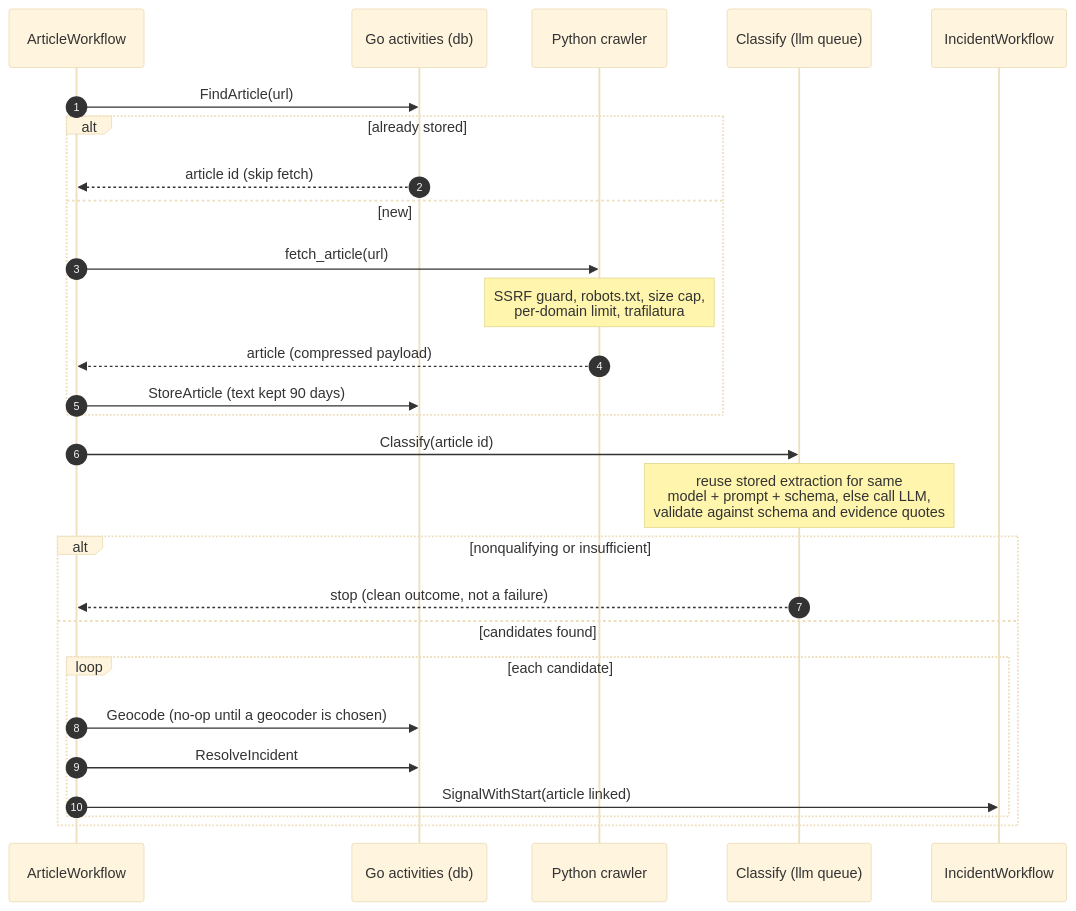
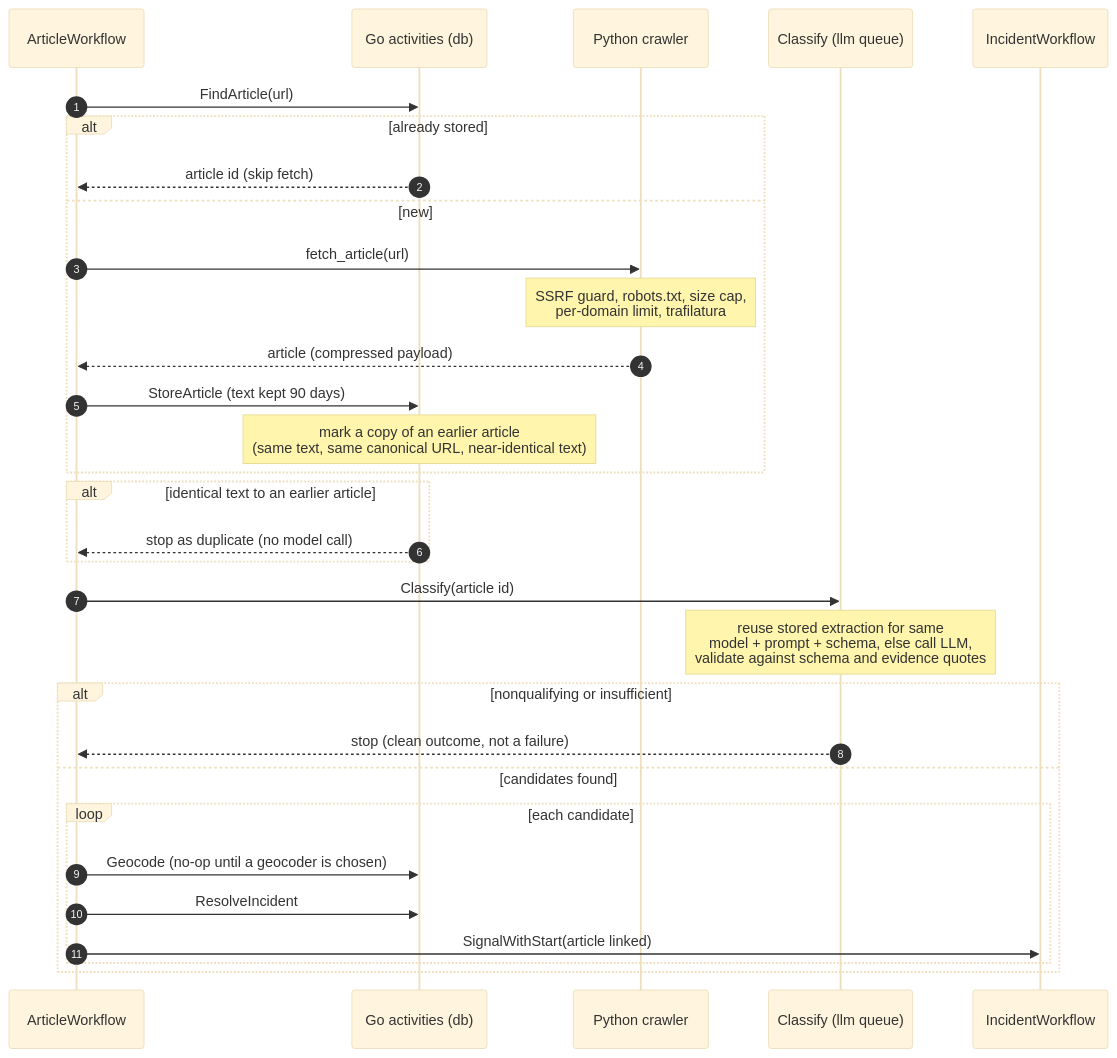
Before and after one commit to joshdurbin/vulnerable_user_incident_tracking: the sixth of 15 diagrams in docs/design.md, drawn with Mermaid (base theme). The commit also changed other lines of this file and 30 other files, not shown here.

````diff
--- a/docs/design.md
+++ b/docs/design.md
@@ -200,30 +200,34 @@
 ```mermaid
 sequenceDiagram
   autonumber
   participant W as ArticleWorkflow
   participant DB as Go activities (db)
   participant C as Python crawler
   participant L as Classify (llm queue)
   participant I as IncidentWorkflow
 
   W->>DB: FindArticle(url)
   alt already stored
     DB-->>W: article id (skip fetch)
   else new
     W->>C: fetch_article(url)
     Note over C: SSRF guard, robots.txt, size cap,<br/>per-domain limit, trafilatura
     C-->>W: article (compressed payload)
     W->>DB: StoreArticle (text kept 90 days)
+    Note over DB: mark a copy of an earlier article<br/>(same text, same canonical URL, near-identical text)
+  end
+  alt identical text to an earlier article
+    DB-->>W: stop as duplicate (no model call)
   end
   W->>L: Classify(article id)
   Note over L: reuse stored extraction for same<br/>model + prompt + schema, else call LLM,<br/>validate against schema and evidence quotes
   alt nonqualifying or insufficient
     L-->>W: stop (clean outcome, not a failure)
   else candidates found
     loop each candidate
       W->>DB: Geocode (no-op until a geocoder is chosen)
       W->>DB: ResolveIncident
       W->>I: SignalWithStart(article linked)
     end
   end
 ```
````
